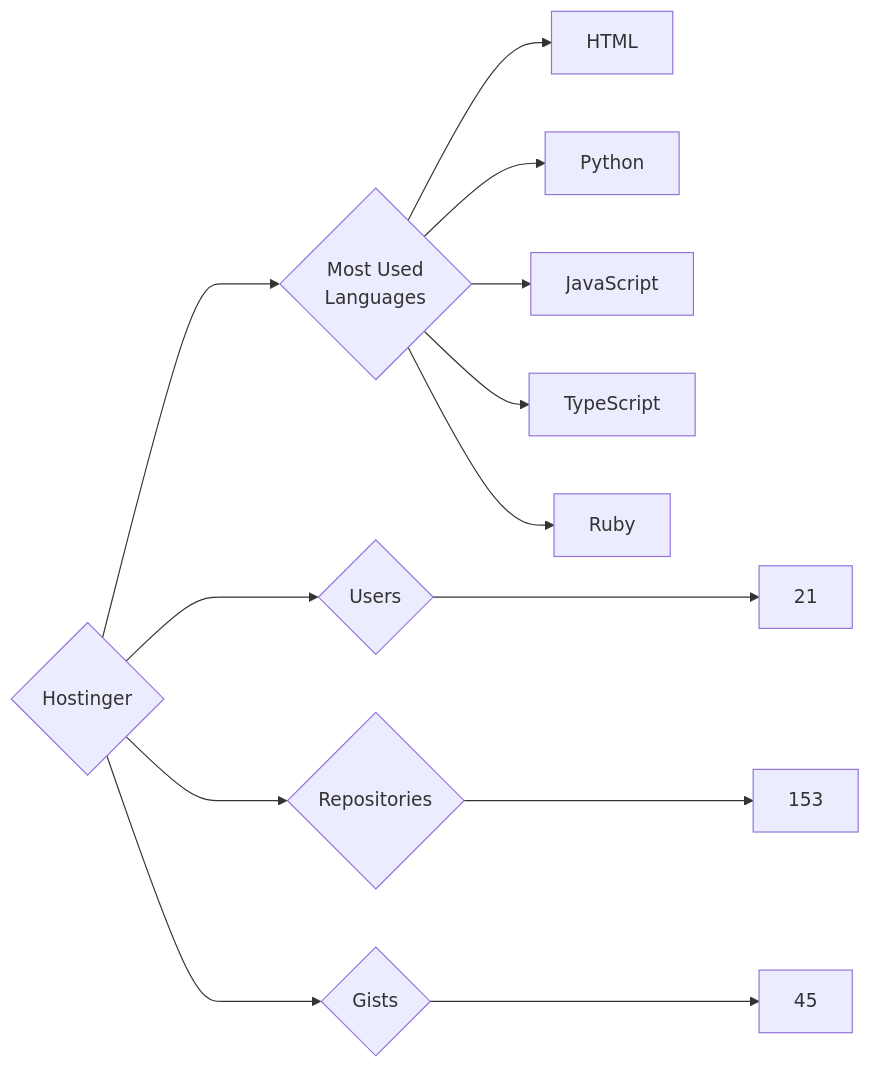
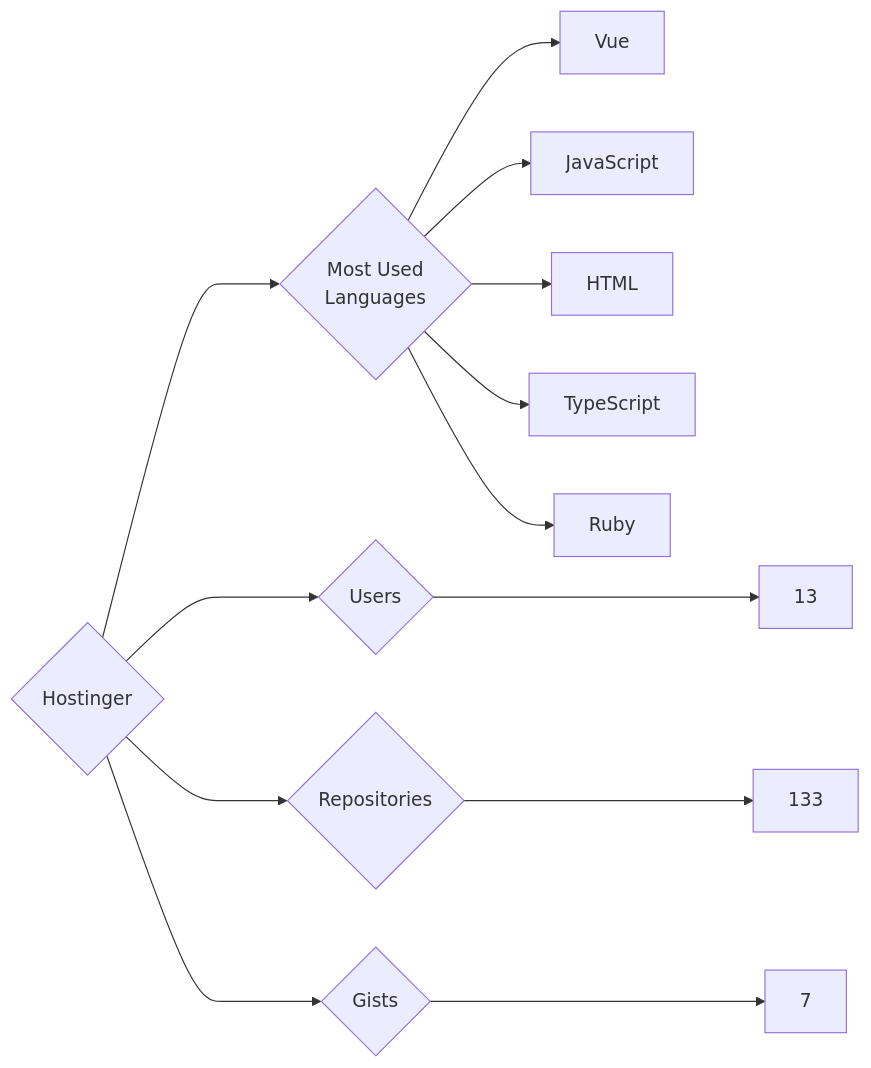
One commit to trickest/insiders changed the diagram in targets/Hostinger/README.md. Above: the diagram before and after it, drawn with Mermaid. The commit also changed 745 other files, not shown here.

````diff
--- a/targets/Hostinger/README.md
+++ b/targets/Hostinger/README.md
@@ -3,13 +3,13 @@
 ```mermaid
 graph LR
 COMPANY_NAME{Hostinger}
-COMPANY_NAME ---> U{Users} ---> UN[21]
-COMPANY_NAME ---> R{Repositories} ---> RN[153]
-COMPANY_NAME ---> G{Gists} ---> GN[45]
+COMPANY_NAME ---> U{Users} ---> UN[13]
+COMPANY_NAME ---> R{Repositories} ---> RN[133]
+COMPANY_NAME ---> G{Gists} ---> GN[7]
 COMPANY_NAME ---> ML{Most Used<br>Languages}
+ML --> Vue[Vue]
+ML --> JavaScript[JavaScript]
 ML --> HTML[HTML]
-ML --> Python[Python]
-ML --> JavaScript[JavaScript]
 ML --> TypeScript[TypeScript]
 ML --> Ruby[Ruby]
 ```
````
